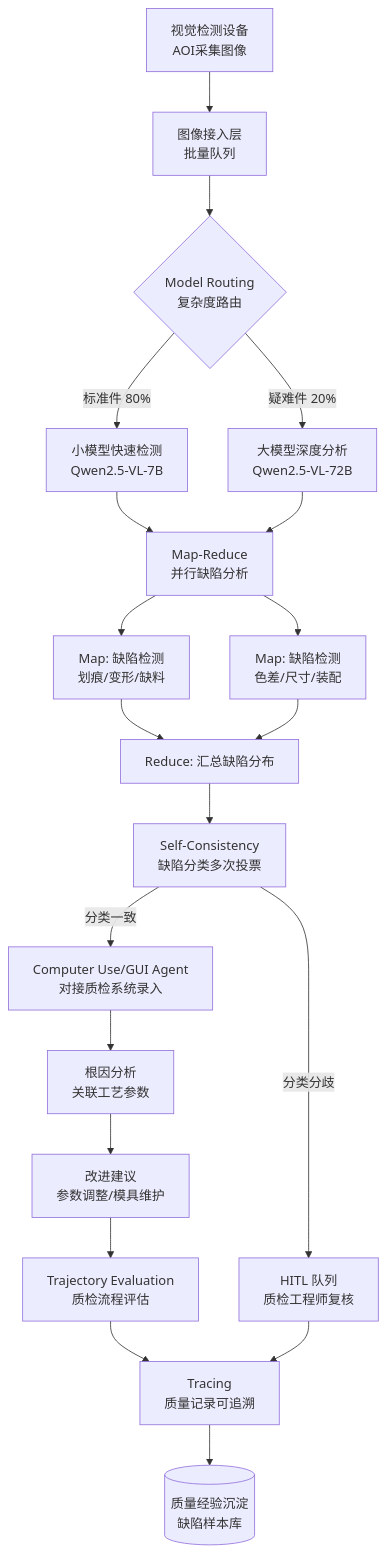
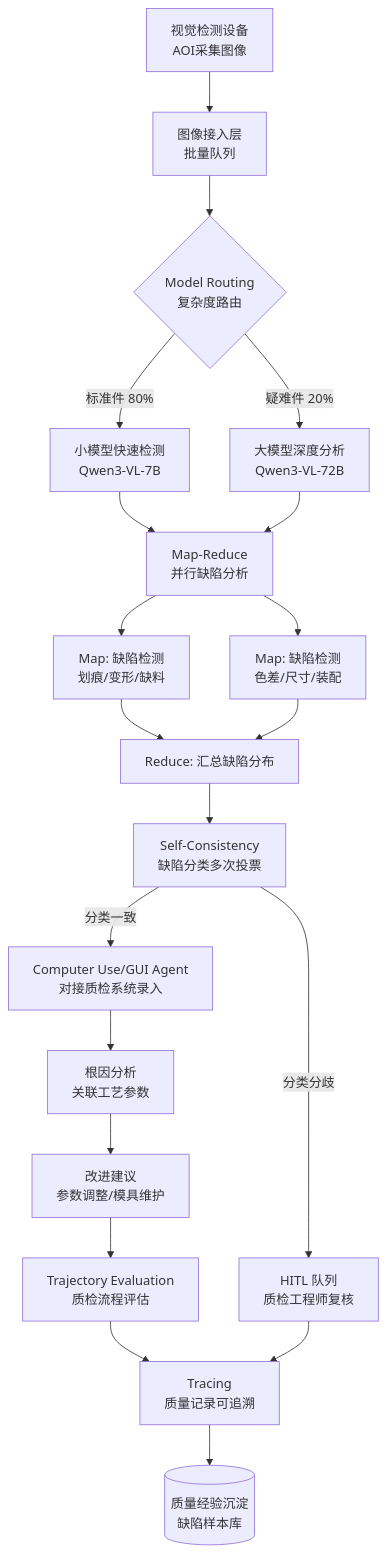
Before and after one commit to eeyzs1/agent_demos: the second of 3 diagrams in design_mode/docs/行业方案_制造.md, drawn with Mermaid. The commit also changed 4 other files, not shown here.

````diff
--- a/design_mode/docs/行业方案_制造.md
+++ b/design_mode/docs/行业方案_制造.md
@@ -204,22 +204,22 @@
 ```mermaid
 flowchart TD
     IMG[视觉检测设备<br/>AOI采集图像] --> INGEST[图像接入层<br/>批量队列]
     INGEST --> ROUTE{Model Routing<br/>复杂度路由}
-    ROUTE -->|标准件 80%| SMALL[小模型快速检测<br/>Qwen2.5-VL-7B]
-    ROUTE -->|疑难件 20%| LARGE[大模型深度分析<br/>Qwen2.5-VL-72B]
+    ROUTE -->|标准件 80%| SMALL[小模型快速检测<br/>Qwen3-VL-7B]
+    ROUTE -->|疑难件 20%| LARGE[大模型深度分析<br/>Qwen3-VL-72B]
     SMALL --> MAP[Map-Reduce<br/>并行缺陷分析]
     LARGE --> MAP
     MAP --> M1[Map: 缺陷检测<br/>划痕/变形/缺料]
     MAP --> M2[Map: 缺陷检测<br/>色差/尺寸/装配]
     M1 --> REDUCE[Reduce: 汇总缺陷分布]
     M2 --> REDUCE
     REDUCE --> SC[Self-Consistency<br/>缺陷分类多次投票]
     SC -->|分类一致| GUI[Computer Use/GUI Agent<br/>对接质检系统录入]
     SC -->|分类分歧| HITL_Q[HITL 队列<br/>质检工程师复核]
     GUI --> ROOTCAUSE[根因分析<br/>关联工艺参数]
     ROOTCAUSE --> SUGGEST[改进建议<br/>参数调整/模具维护]
     SUGGEST --> EVAL[Trajectory Evaluation<br/>质检流程评估]
     EVAL --> TRACE[Tracing<br/>质量记录可追溯]
     HITL_Q --> TRACE
     TRACE --> KB[(质量经验沉淀<br/>缺陷样本库)]
 ```
````
